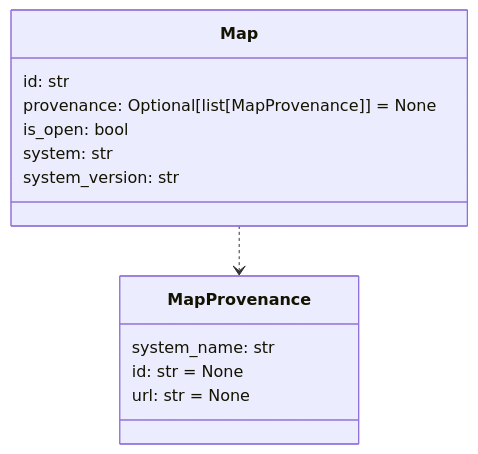
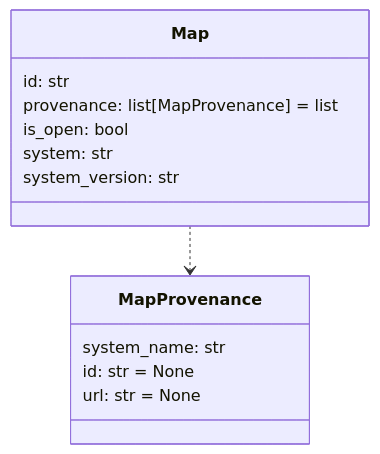
Before and after one commit to DARPA-CRITICALMAAS/cdr_schemas: diagram 12 of 12 in README.md, drawn with Mermaid. The commit also changed other lines of this file and 20 other files, not shown here.

````diff
--- a/README.md
+++ b/README.md
@@ -953,21 +953,21 @@
 ```mermaid
 classDiagram
 
     class MapProvenance {
         system_name: str
         id: str = None
         url: str = None
     }
 
     class Map {
         id: str
-        provenance: Optional[list[MapProvenance]] = None
+        provenance: list[MapProvenance] = list
         is_open: bool
         system: str
         system_version: str
     }
 
     Map ..> MapProvenance
 
 
 ```
````
